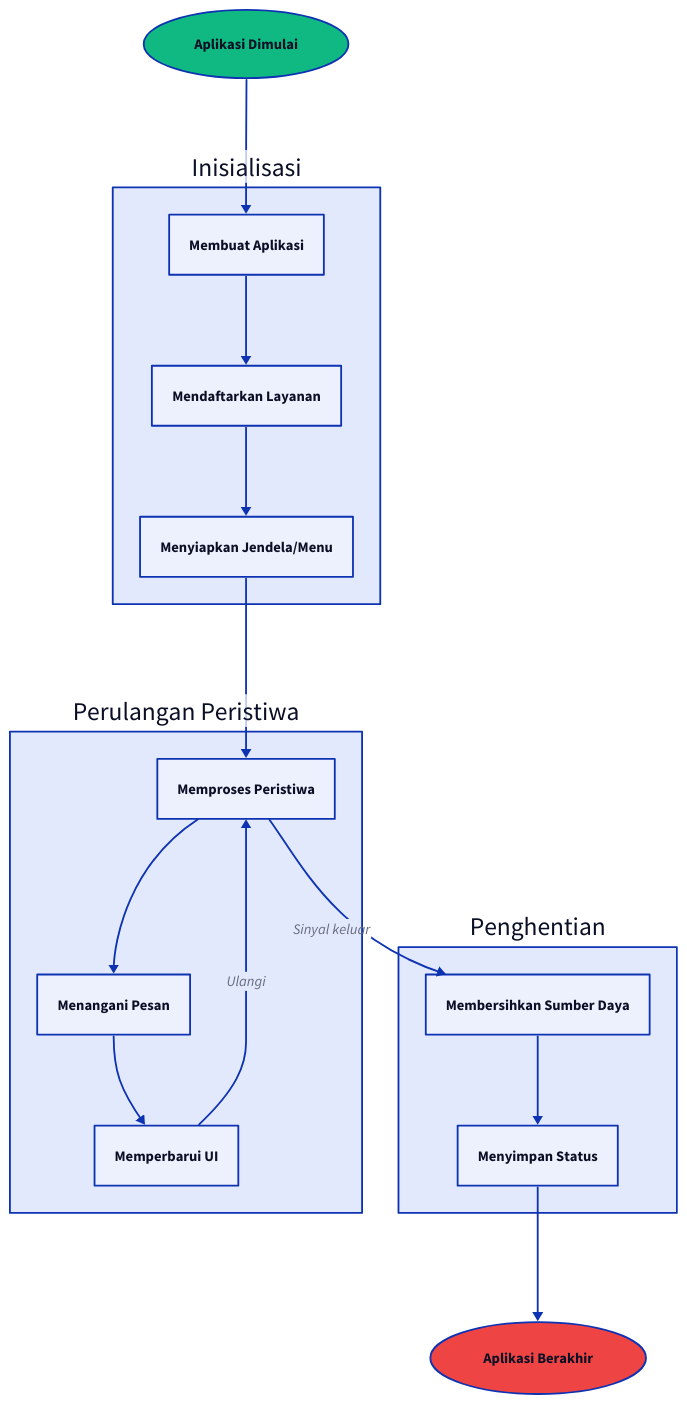
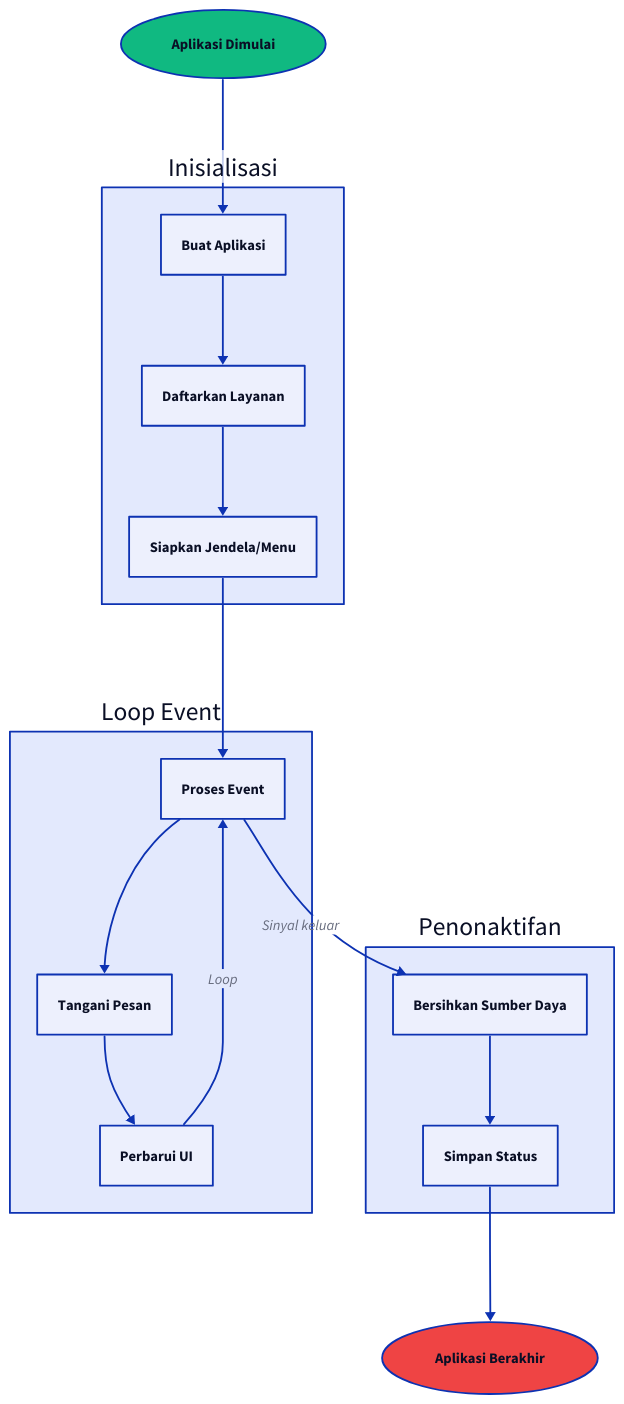
One commit to wailsapp/wails changed the fourth of 8 diagrams in docs/mpress/content/id/concepts/architecture.md. Above: the diagram before and after it, drawn with D2. The commit also changed other lines of this file and 1096 other files, not shown here.

````diff
--- a/docs/mpress/content/id/concepts/architecture.md
+++ b/docs/mpress/content/id/concepts/architecture.md
@@ -258,62 +258,62 @@
 ```d2
 direction: down
 
 Start: Aplikasi Dimulai {
   shape: oval
   style.fill: "#10B981"
 }
 
 Init: Inisialisasi {
-  Create: Membuat Aplikasi {
+  Create: Buat Aplikasi {
     shape: rectangle
   }
 
-  Register: Mendaftarkan Layanan {
+  Register: Daftarkan Layanan {
     shape: rectangle
   }
 
-  Setup: Menyiapkan Jendela/Menu {
+  Setup: Siapkan Jendela/Menu {
     shape: rectangle
   }
 }
 
-Run: Perulangan Peristiwa {
-  Events: Memproses Peristiwa {
+Run: Loop Event {
+  Events: Proses Event {
     shape: rectangle
   }
 
-  Messages: Menangani Pesan {
+  Messages: Tangani Pesan {
     shape: rectangle
   }
 
-  Render: Memperbarui UI {
+  Render: Perbarui UI {
     shape: rectangle
   }
 }
 
-Shutdown: Penghentian {
-  Cleanup: Membersihkan Sumber Daya {
+Shutdown: Penonaktifan {
+  Cleanup: Bersihkan Sumber Daya {
     shape: rectangle
   }
 
-  Save: Menyimpan Status {
+  Save: Simpan Status {
     shape: rectangle
   }
 }
 
 End: Aplikasi Berakhir {
   shape: oval
   style.fill: "#EF4444"
 }
 
 Start -> Init.Create
 Init.Create -> Init.Register
 Init.Register -> Init.Setup
 Init.Setup -> Run.Events
 Run.Events -> Run.Messages
 Run.Messages -> Run.Render
-Run.Render -> Run.Events: Ulangi
+Run.Render -> Run.Events: Loop
 Run.Events -> Shutdown.Cleanup: Sinyal keluar
 Shutdown.Cleanup -> Shutdown.Save
 Shutdown.Save -> End
 ```
````
